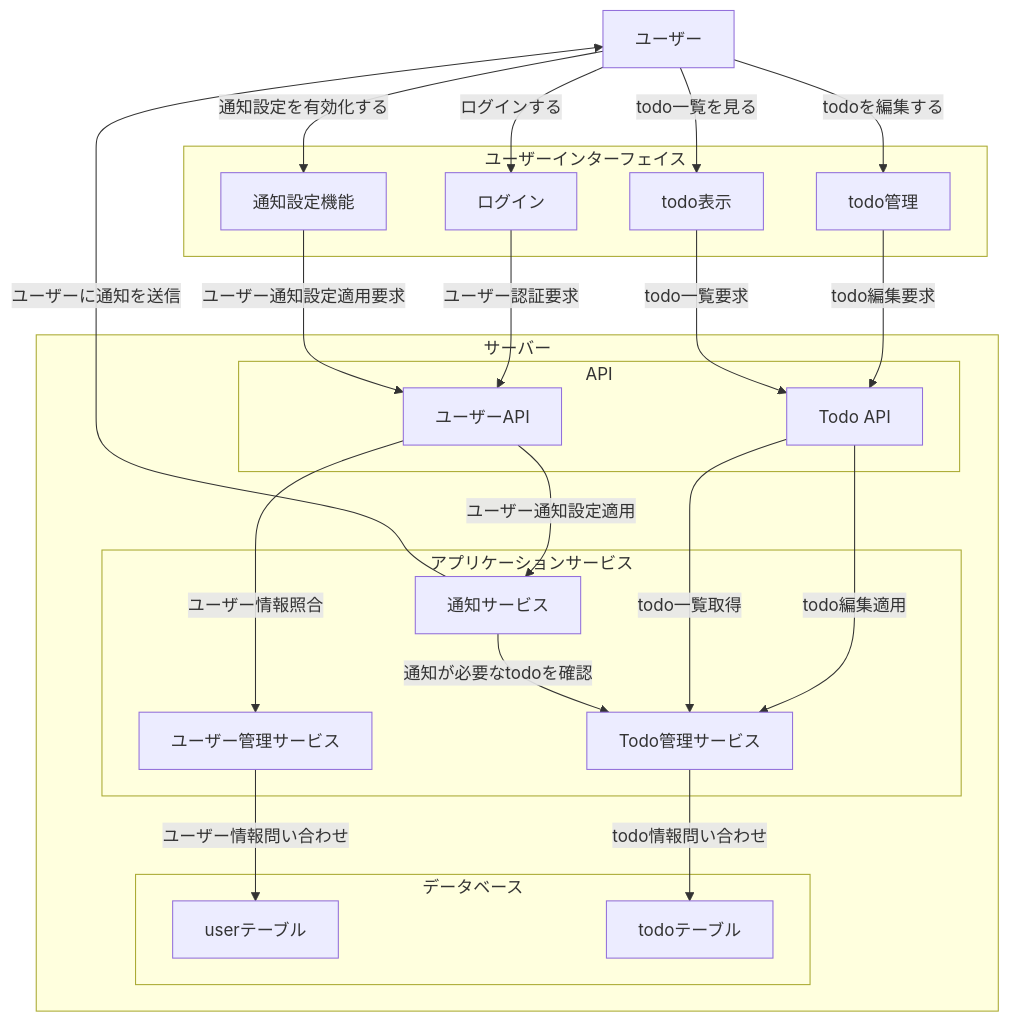
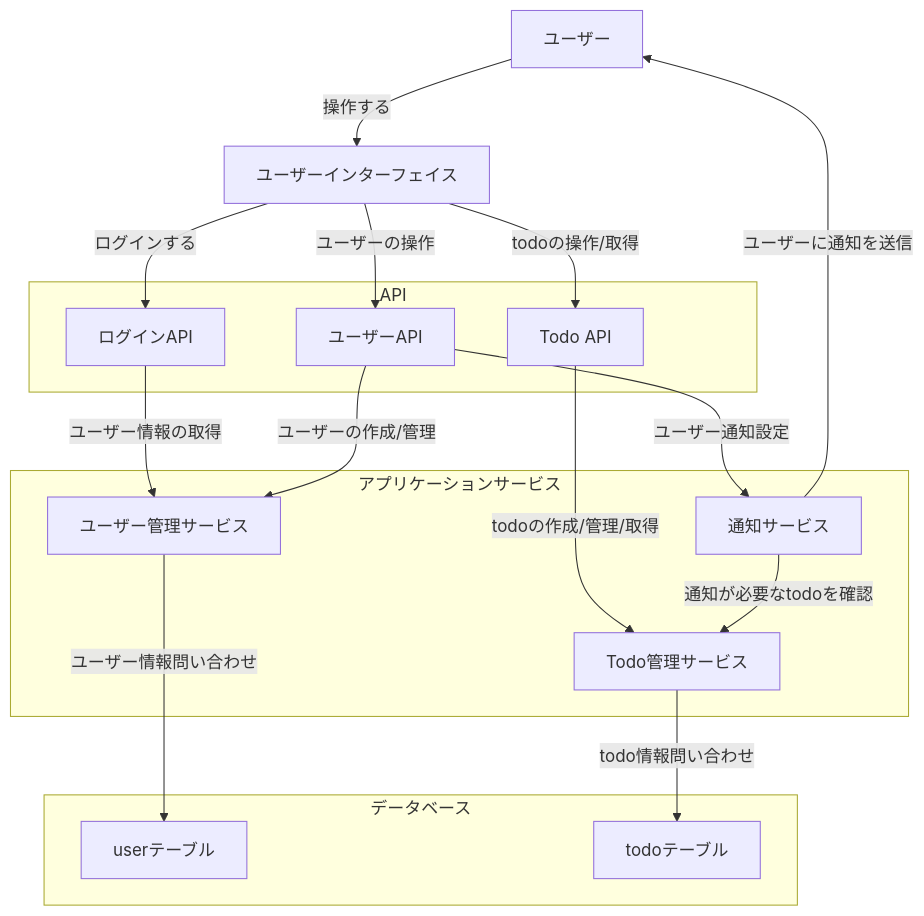
The first of 4 diagrams in src/要件定義.md (tam1192/MyTodoAppsDocs), drawn with Mermaid before and after one commit. The commit also changed other lines of this file, not shown here.

Commit message:
システム構成から冗長的な情報を排除

````diff
--- a/src/要件定義.md
+++ b/src/要件定義.md
@@ -40,51 +40,45 @@
 ```mermaid
 flowchart TD
    %% 機能定義
    user["ユーザー"]
-   subgraph ui["ユーザーインターフェイス"]
-      login["ログイン"]
-      managementTodo["todo管理"]
-      listTodo["todo表示"]
-      setNotification["通知設定機能"]
+   ui["ユーザーインターフェイス"]
+   subgraph api["API"]
+      userApi["ユーザーAPI"]
+      todoApi["Todo API"]
+      loginApi["ログインAPI"]
    end
-   subgraph server["サーバー"]
-      subgraph api["API"]
-         userApi["ユーザーAPI"]
-         todoApi["Todo API"]
-      end
-      subgraph aps["アプリケーションサービス"]
-         userManagementService["ユーザー管理サービス"]
-         todoManagementService["Todo管理サービス"]
-         notificationManagementService["通知サービス"]
-      end
-      subgraph db["データベース"]
-         userDb["userテーブル"]
-         todoDb["todoテーブル"]
-      end
+   subgraph aps["アプリケーションサービス"]
+      userManagementService["ユーザー管理サービス"]
+      todoManagementService["Todo管理サービス"]
+      notificationManagementService["通知サービス"]
+   end
+   subgraph db["データベース"]
+      userDb["userテーブル"]
+      todoDb["todoテーブル"]
    end
 
+   %% ユーザーのUIの関係
+   user --> |操作する| ui
+
    %% ログインシステムの関係
-   user -->|ログインする| login
-   login -->|ユーザー認証要求| userApi
-   userApi --> |ユーザー情報照合| userManagementService
+   ui --> |ログインする| loginApi
+   loginApi --> |ユーザー情報の取得| userManagementService
+
+   %% ユーザー管理関係
+   userApi --> |ユーザーの作成/管理| userManagementService
    userManagementService --> |ユーザー情報問い合わせ| userDb
+   ui --> |ユーザーの操作| userApi
+   userApi --> |ユーザー通知設定| notificationManagementService
 
    %% Todo機能の関係
-   user --> |todoを編集する| managementTodo
-   user --> |todo一覧を見る| listTodo
 
-   managementTodo --> |todo編集要求| todoApi
-   listTodo --> |todo一覧要求| todoApi
-
-   todoApi --> |todo編集適用| todoManagementService
-   todoApi --> |todo一覧取得| todoManagementService
+   ui --> |todoの操作/取得| todoApi
+   todoApi --> |todoの作成/管理/取得| todoManagementService
 
    todoManagementService --> |todo情報問い合わせ| todoDb
 
    %% 通知機能の関係
-   user --> |通知設定を有効化する| setNotification
-   setNotification --> |ユーザー通知設定適用要求| userApi
-   userApi --> |ユーザー通知設定適用| notificationManagementService
+
    notificationManagementService --> |通知が必要なtodoを確認| todoManagementService
    notificationManagementService --> |ユーザーに通知を送信| user
 ```
````
